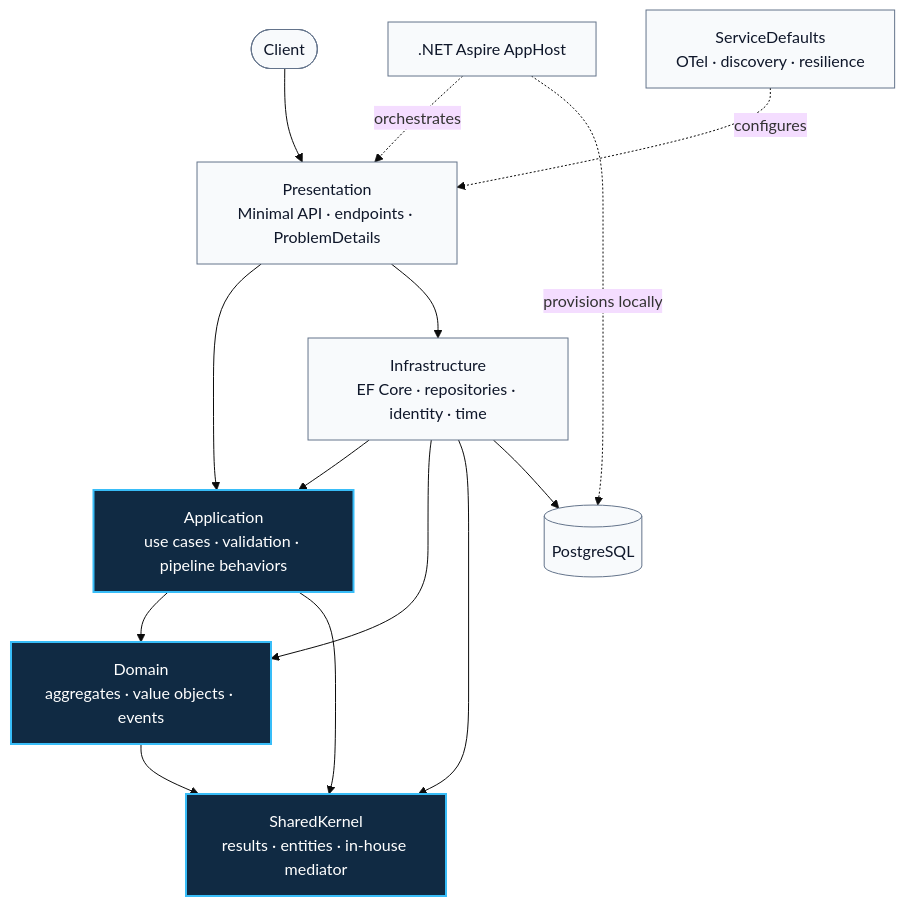
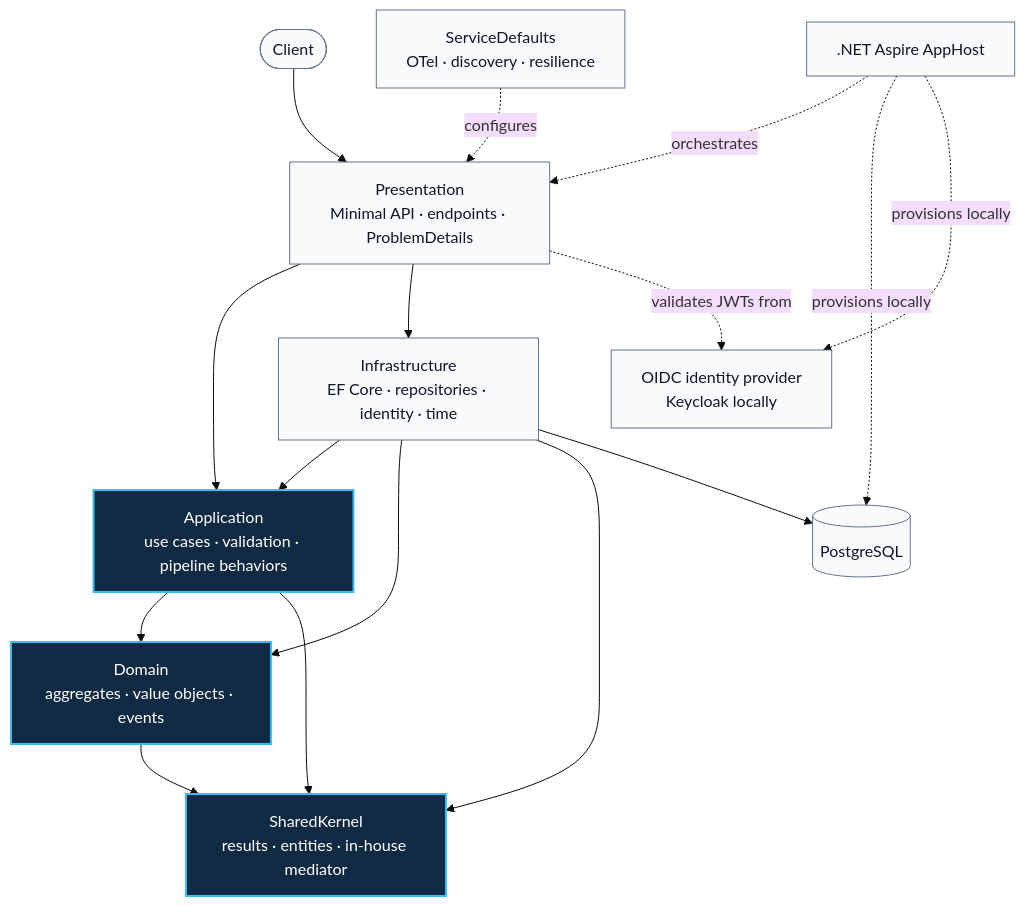
The first of 3 diagrams in README.md (mbarretot/dotnet-clean-architecture), drawn with Mermaid (base theme) before and after one commit. The commit also changed other lines of this file and 11 other files, not shown here.

First line of the commit message:
feat: add Keycloak as local identity provider for Docker Compose and Aspire

````diff
--- a/README.md
+++ b/README.md
@@ -37,23 +37,25 @@
 ```mermaid
 flowchart TB
     Client([Client]) --> Presentation[Presentation<br/>Minimal API · endpoints · ProblemDetails]
 
     Presentation --> Application[Application<br/>use cases · validation · pipeline behaviors]
     Presentation --> Infrastructure[Infrastructure<br/>EF Core · repositories · identity · time]
     Application --> Domain[Domain<br/>aggregates · value objects · events]
     Application --> SharedKernel[SharedKernel<br/>results · entities · in-house mediator]
     Infrastructure --> Application
     Infrastructure --> Domain
     Infrastructure --> SharedKernel
     Domain --> SharedKernel
 
     Infrastructure --> PostgreSQL[(PostgreSQL)]
+    Presentation -. validates JWTs from .-> IdP[OIDC identity provider<br/>Keycloak locally]
     AppHost[.NET Aspire AppHost] -. orchestrates .-> Presentation
     AppHost -. provisions locally .-> PostgreSQL
+    AppHost -. provisions locally .-> IdP
     ServiceDefaults[ServiceDefaults<br/>OTel · discovery · resilience] -. configures .-> Presentation
 
     classDef core fill:#102a43,color:#fff,stroke:#38bdf8,stroke-width:2px;
     classDef outer fill:#f8fafc,color:#0f172a,stroke:#64748b;
     class Domain,Application,SharedKernel core;
-    class Presentation,Infrastructure,AppHost,ServiceDefaults,PostgreSQL,Client outer;
+    class Presentation,Infrastructure,AppHost,ServiceDefaults,PostgreSQL,IdP,Client outer;
 ```
````
